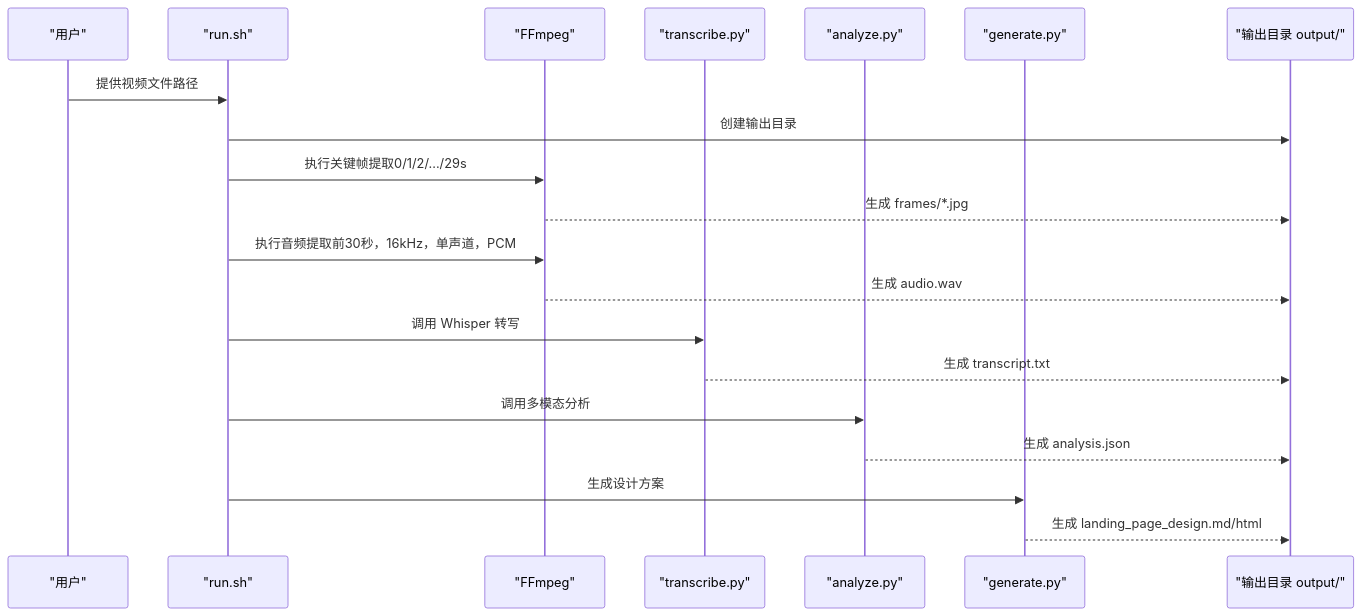
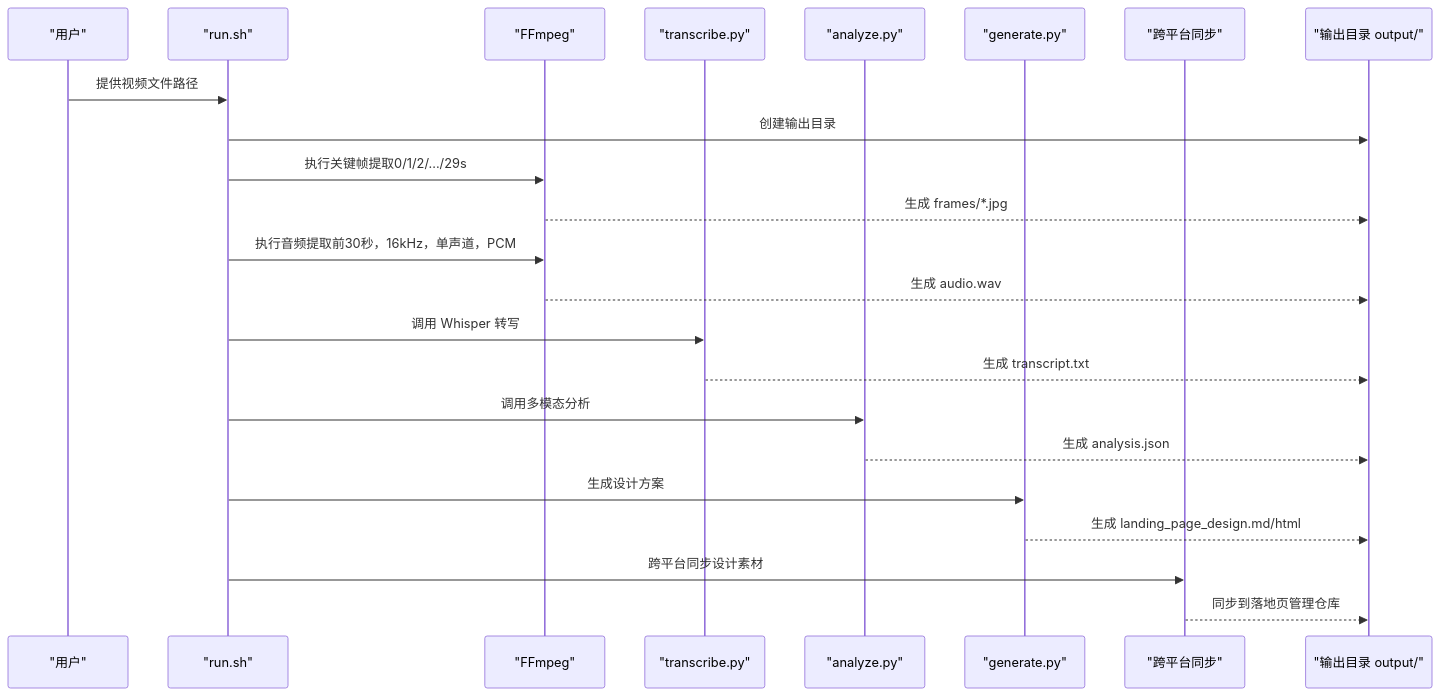
The second of 9 diagrams in .qoder/repowiki/zh/content/核心模块详解/视频处理模块.md (WongMingJiu/landingpage-test-hero-page), drawn with Mermaid before and after one commit. The commit also changed other lines of this file and 53 other files, not shown here.

````diff
--- a/.qoder/repowiki/zh/content/核心模块详解/视频处理模块.md
+++ b/.qoder/repowiki/zh/content/核心模块详解/视频处理模块.md
@@ -98,22 +106,25 @@
 ```mermaid
 sequenceDiagram
 participant U as "用户"
 participant R as "run.sh"
 participant F as "FFmpeg"
 participant T as "transcribe.py"
 participant A as "analyze.py"
 participant G as "generate.py"
+participant S as "跨平台同步"
 participant O as "输出目录 output/"
 U->>R : 提供视频文件路径
 R->>O : 创建输出目录
 R->>F : 执行关键帧提取0/1/2/.../29s
 F-->>O : 生成 frames/*.jpg
 R->>F : 执行音频提取前30秒，16kHz，单声道，PCM
 F-->>O : 生成 audio.wav
 R->>T : 调用 Whisper 转写
 T-->>O : 生成 transcript.txt
 R->>A : 调用多模态分析
 A-->>O : 生成 analysis.json
 R->>G : 生成设计方案
 G-->>O : 生成 landing_page_design.md/html
+R->>S : 跨平台同步设计素材
+S-->>O : 同步到落地页管理仓库
 ```
````
